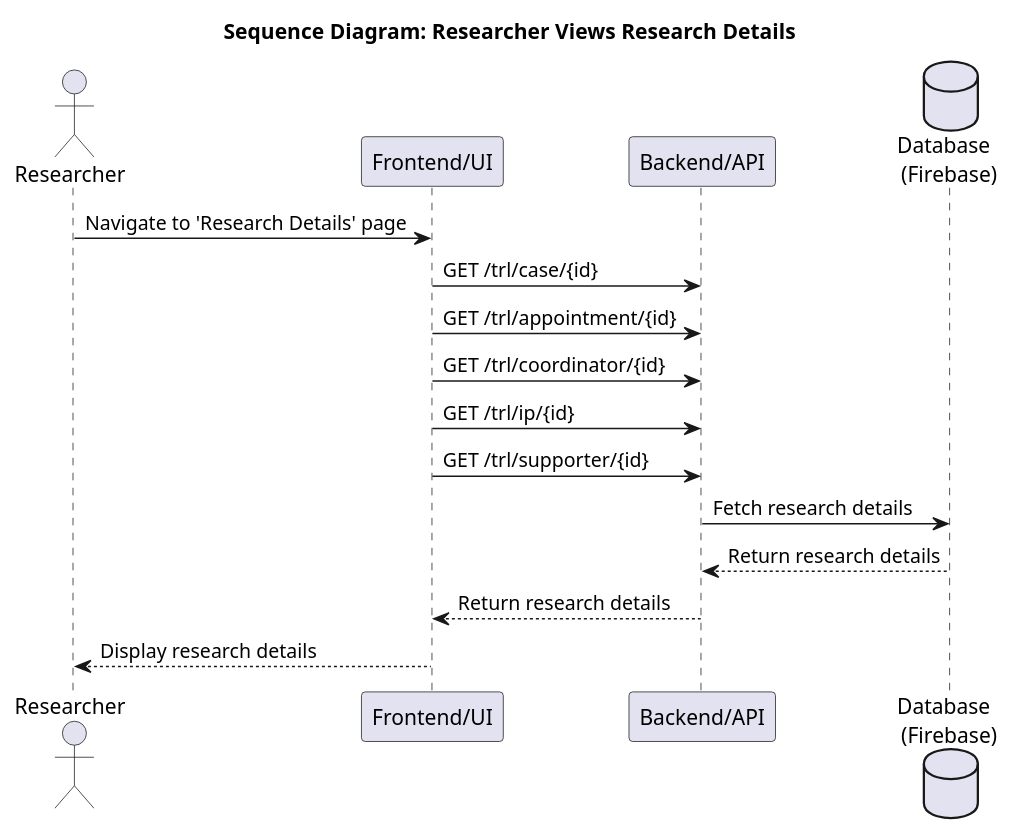
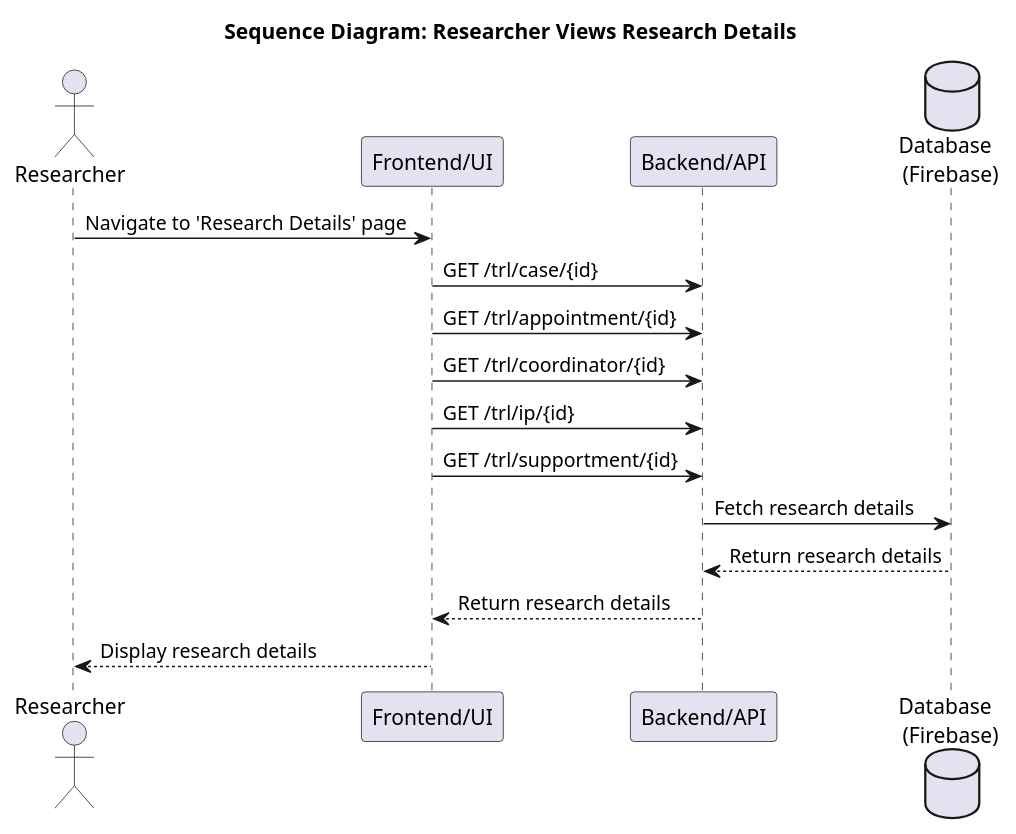
The diagram in sequence diagram/user/user_view_research_details.puml (punyanuch-h/trl-research-frontend), drawn with PlantUML before and after one commit. The commit also changed 21 other files, not shown here.

```diff
--- a/sequence diagram/user/user_view_research_details.puml
+++ b/sequence diagram/user/user_view_research_details.puml
@@ -1,20 +1,20 @@
 @startuml
 title Sequence Diagram: Researcher Views Research Details
 
 actor Researcher
 participant "Frontend/UI" as UI
 participant "Backend/API" as API
 database "Database \n (Firebase)" as DB
 
 Researcher -> UI: Navigate to 'Research Details' page
 UI -> API: GET /trl/case/{id}
 UI -> API: GET /trl/appointment/{id}
 UI -> API: GET /trl/coordinator/{id}
 UI -> API: GET /trl/ip/{id}
-UI -> API: GET /trl/supporter/{id}
+UI -> API: GET /trl/supportment/{id}
 API -> DB: Fetch research details
 DB --> API: Return research details
 API --> UI: Return research details
 UI --> Researcher: Display research details
 
 @enduml
```
